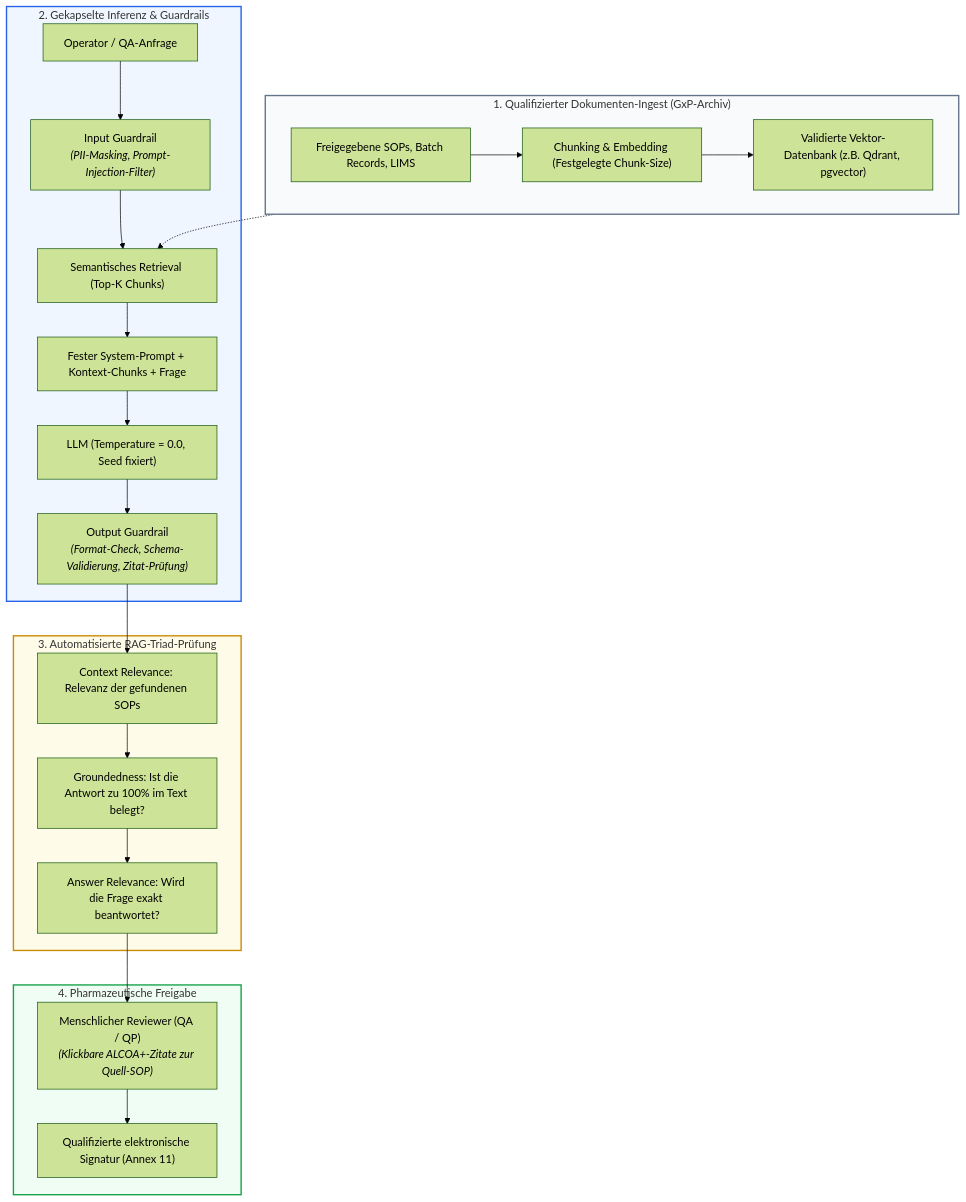
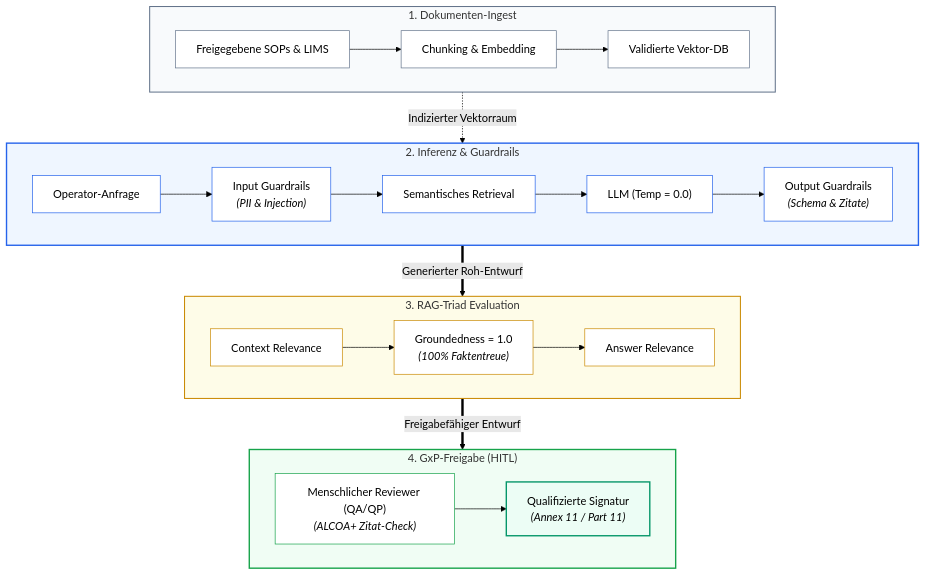
One commit to Lunaman06/Annex22 changed the first of 3 diagrams in docs/de/appendix_genai_rag_gxp.md. Above: the diagram before and after it, drawn with Mermaid (forest theme). The commit also changed other lines of this file and 29 other files, not shown here.

Commit message:
style(docs): optimize mermaid diagram aspect ratios, edge flows and legibility across all DE and EN modules

````diff
--- a/docs/de/appendix_genai_rag_gxp.md
+++ b/docs/de/appendix_genai_rag_gxp.md
@@ -45,33 +45,44 @@
 ```mermaid
 flowchart TD
-    subgraph Ingestion["1. Qualifizierter Dokumenten-Ingest (GxP-Archiv)"]
-        D1["Freigegebene SOPs, Batch Records, LIMS"] --> D2["Chunking & Embedding (Festgelegte Chunk-Size)"]
-        D2 --> D3["Validierte Vektor-Datenbank (z.B. Qdrant, pgvector)"]
+    subgraph Ingestion["1. Dokumenten-Ingest"]
+        direction LR
+        D1["Freigegebene SOPs & LIMS"] --> D2["Chunking & Embedding"] --> D3["Validierte Vektor-DB"]
     end
 
-    subgraph Query["2. Gekapselte Inferenz & Guardrails"]
-        U1["Operator / QA-Anfrage"] --> G_IN["Input Guardrail<br/><i>(PII-Masking, Prompt-Injection-Filter)</i>"]
-        G_IN --> RET["Semantisches Retrieval (Top-K Chunks)"]
-        RET --> PROMPT["Fester System-Prompt + Kontext-Chunks + Frage"]
-        PROMPT --> LLM["LLM (Temperature = 0.0, Seed fixiert)"]
-        LLM --> G_OUT["Output Guardrail<br/><i>(Format-Check, Schema-Validierung, Zitat-Prüfung)</i>"]
+    subgraph Query["2. Inferenz & Guardrails"]
+        direction LR
+        U1["Operator-Anfrage"] --> G_IN["Input Guardrails<br/><i>(PII & Injection)</i>"] --> RET["Semantisches Retrieval"] --> LLM["LLM (Temp = 0.0)"] --> G_OUT["Output Guardrails<br/><i>(Schema & Zitate)</i>"]
     end
 
-    subgraph Evaluation["3. Automatisierte RAG-Triad-Prüfung"]
-        G_OUT --> TR1["Context Relevance: Relevanz der gefundenen SOPs"]
-        TR1 --> TR2["Groundedness: Ist die Antwort zu 100% im Text belegt?"]
-        TR2 --> TR3["Answer Relevance: Wird die Frage exakt beantwortet?"]
+    subgraph Evaluation["3. RAG-Triad Evaluation"]
+        direction LR
+        TR1["Context Relevance"] --> TR2["Groundedness = 1.0<br/><i>(100% Faktentreue)</i>"] --> TR3["Answer Relevance"]
     end
 
-    subgraph HITL["4. Pharmazeutische Freigabe"]
-        TR3 --> REV["Menschlicher Reviewer (QA / QP)<br/><i>(Klickbare ALCOA+-Zitate zur Quell-SOP)</i>"]
-        REV --> SIGN["Qualifizierte elektronische Signatur (Annex 11)"]
+    subgraph HITL["4. GxP-Freigabe (HITL)"]
+        direction LR
+        REV["Menschlicher Reviewer (QA/QP)<br/><i>(ALCOA+ Zitat-Check)</i>"] --> SIGN["Qualifizierte Signatur<br/><i>(Annex 11 / Part 11)</i>"]
     end
 
-    Ingestion -.-> RET
+    Ingestion -.->|"Indizierter Vektorraum"| Query
+    Query ==>|"Generierter Roh-Entwurf"| Evaluation
+    Evaluation ==>|"Freigabefähiger Entwurf"| HITL
 
-    style Ingestion fill:#f8fafc,stroke:#64748b,stroke-width:2px
+    style Ingestion fill:#f8fafc,stroke:#64748b,stroke-width:1.5px
     style Query fill:#eff6ff,stroke:#2563eb,stroke-width:2px
-    style Evaluation fill:#fefce8,stroke:#ca8a04,stroke-width:2px
+    style Evaluation fill:#fefce8,stroke:#ca8a04,stroke-width:1.5px
     style HITL fill:#f0fdf4,stroke:#16a34a,stroke-width:2px
+    style D1 fill:#ffffff,stroke:#64748b,stroke-width:1px
+    style D2 fill:#ffffff,stroke:#64748b,stroke-width:1px
+    style D3 fill:#ffffff,stroke:#64748b,stroke-width:1px
+    style U1 fill:#ffffff,stroke:#2563eb,stroke-width:1px
+    style G_IN fill:#ffffff,stroke:#2563eb,stroke-width:1px
+    style RET fill:#ffffff,stroke:#2563eb,stroke-width:1px
+    style LLM fill:#ffffff,stroke:#2563eb,stroke-width:1px
+    style G_OUT fill:#ffffff,stroke:#2563eb,stroke-width:1px
+    style TR1 fill:#ffffff,stroke:#ca8a04,stroke-width:1px
+    style TR2 fill:#ffffff,stroke:#ca8a04,stroke-width:1px
+    style TR3 fill:#ffffff,stroke:#ca8a04,stroke-width:1px
+    style REV fill:#ffffff,stroke:#16a34a,stroke-width:1px
+    style SIGN fill:#ecfdf5,stroke:#059669,stroke-width:2px
 ```
````
